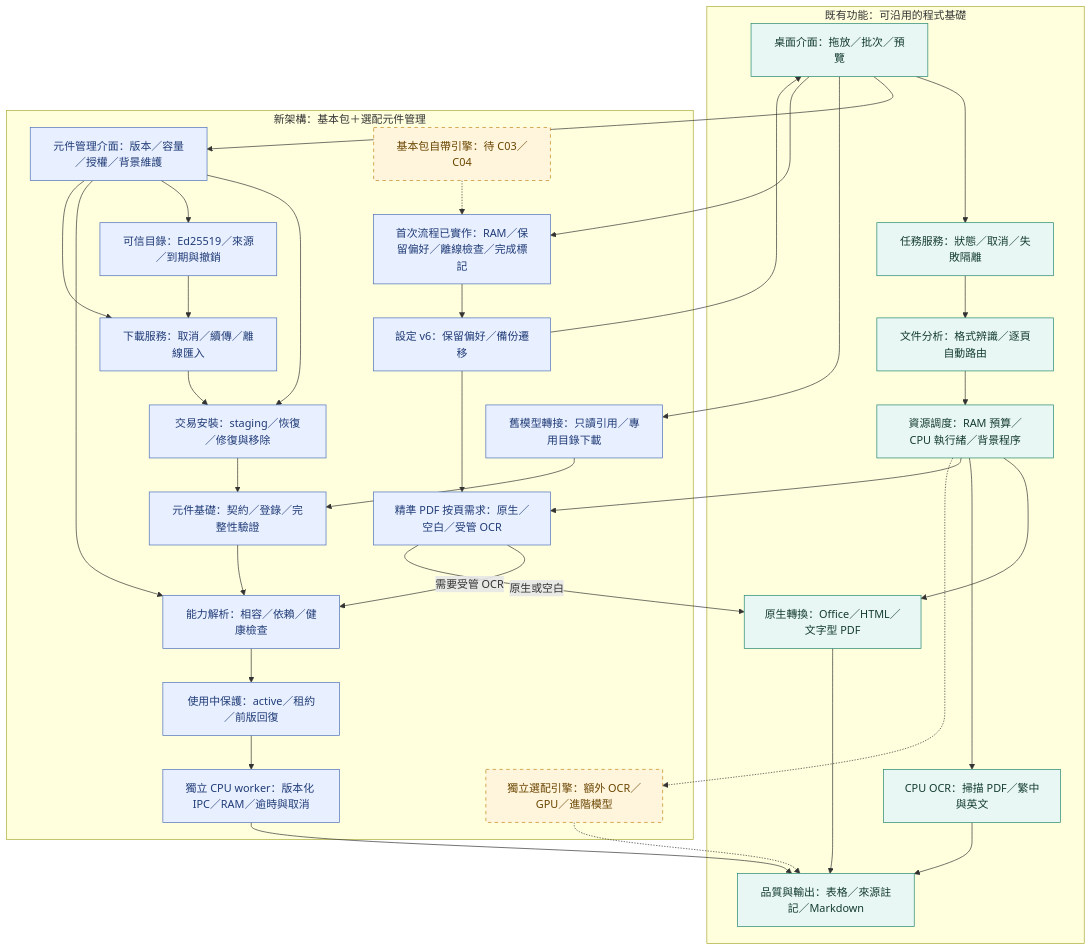
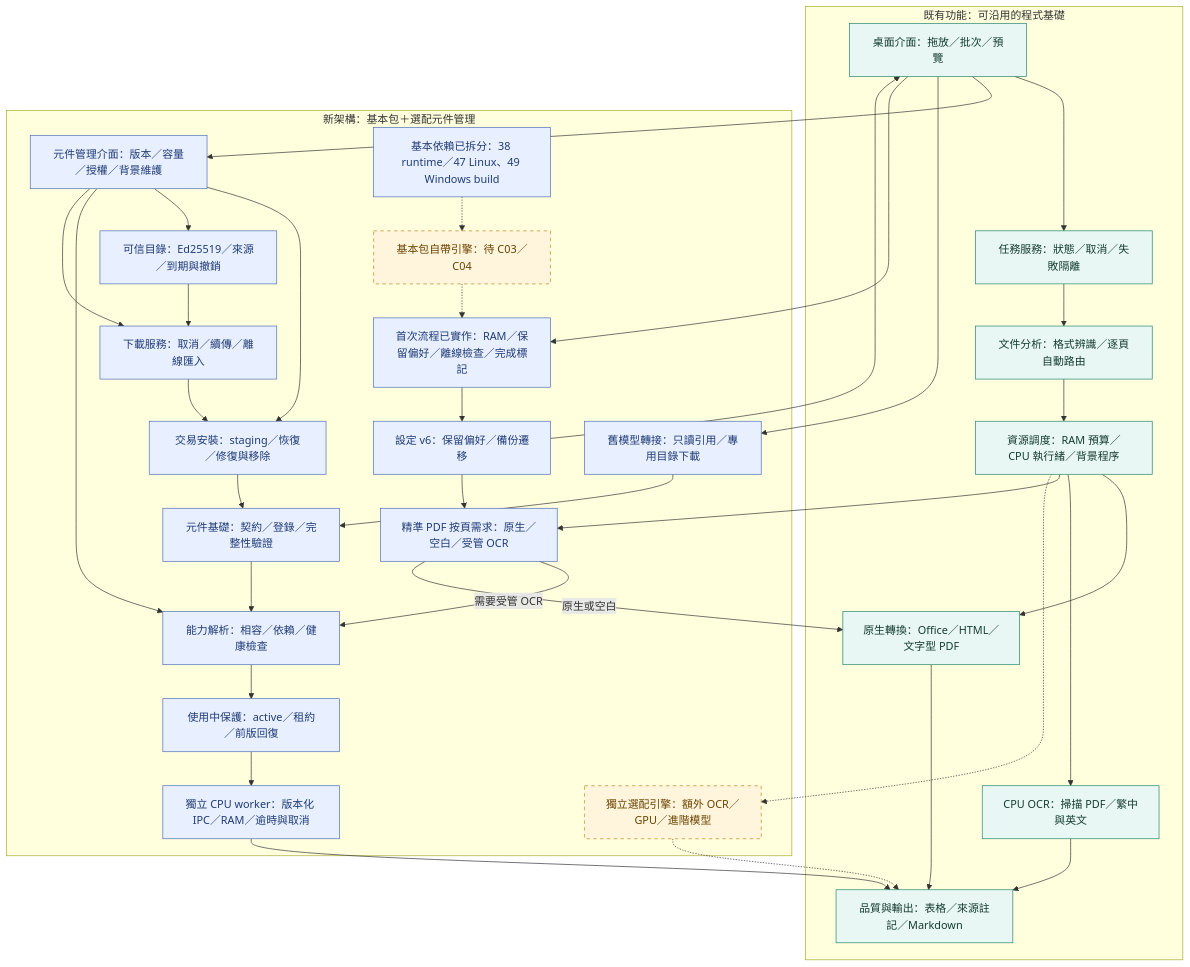
The diagram in README.md (ChouTa-chuan/MarkItDown-exe), drawn with Mermaid before and after one commit. The commit also changed other lines of this file and 85 other files, not shown here.

````diff
--- a/README.md
+++ b/README.md
@@ -21,54 +21,56 @@
 ```mermaid
 flowchart TD
     subgraph Existing["既有功能：可沿用的程式基礎"]
         UI["桌面介面：拖放／批次／預覽"] --> APP["任務服務：狀態／取消／失敗隔離"]
         APP --> PLAN["文件分析：格式辨識／逐頁自動路由"]
         PLAN --> RES["資源調度：RAM 預算／CPU 執行緒／背景程序"]
         RES --> NATIVE["原生轉換：Office／HTML／文字型 PDF"]
         RES --> OCR["CPU OCR：掃描 PDF／繁中與英文"]
         NATIVE --> QUALITY["品質與輸出：表格／來源註記／Markdown"]
         OCR --> QUALITY
     end
     subgraph Planned["新架構：基本包＋選配元件管理"]
         COMPONENTUI["元件管理介面：版本／容量／授權／背景維護"]
         FIRST["基本包自帶引擎：待 C03／C04"]
+        PROFILE["基本依賴已拆分：38 runtime／47 Linux、49 Windows build"]
         FIRSTFLOW["首次流程已實作：RAM／保留偏好／離線檢查／完成標記"]
         COMPONENTS["元件基礎：契約／登錄／完整性驗證"]
         CAPABILITY["能力解析：相容／依賴／健康檢查"]
         ROUTE["精準 PDF 按頁需求：原生／空白／受管 OCR"]
         CPUWORKER["獨立 CPU worker：版本化 IPC／RAM／逾時與取消"]
         OPTIONAL["獨立選配引擎：額外 OCR／GPU／進階模型"]
         COMPONENTS --> CAPABILITY
         LEGACY["舊模型轉接：只讀引用／專用目錄下載"]
         PREFS["設定 v6：保留偏好／備份遷移"]
         LEGACY --> COMPONENTS
         CATALOG["可信目錄：Ed25519／來源／到期與撤銷"] --> DOWNLOAD["下載服務：取消／續傳／離線匯入"]
         DOWNLOAD --> INSTALL["交易安裝：staging／恢復／修復與移除"]
         INSTALL --> COMPONENTS
         CAPABILITY --> LEASE["使用中保護：active／租約／前版回復"]
     end
     UI --> COMPONENTUI
     COMPONENTUI --> INSTALL
     COMPONENTUI --> CATALOG
     COMPONENTUI --> CAPABILITY
     LEASE --> CPUWORKER
     CPUWORKER --> QUALITY
     RES --> ROUTE
     ROUTE -->|需要受管 OCR| CAPABILITY
     ROUTE -->|原生或空白| NATIVE
     COMPONENTUI --> DOWNLOAD
     UI --> LEGACY
     PREFS --> UI
     UI --> FIRSTFLOW
     FIRSTFLOW --> PREFS
+    PROFILE -.-> FIRST
     FIRST -.-> FIRSTFLOW
     PREFS --> ROUTE
     RES -.-> OPTIONAL
     OPTIONAL -.-> QUALITY
     classDef existing fill:#e8f7f3,stroke:#21856d,color:#153c31;
     classDef foundation fill:#e8efff,stroke:#4c6fb8,color:#203c77;
-    class COMPONENTS,CAPABILITY,LEGACY,PREFS,CATALOG,DOWNLOAD,INSTALL,LEASE,CPUWORKER,COMPONENTUI,FIRSTFLOW,ROUTE foundation;
+    class COMPONENTS,CAPABILITY,LEGACY,PREFS,CATALOG,DOWNLOAD,INSTALL,LEASE,CPUWORKER,COMPONENTUI,FIRSTFLOW,ROUTE,PROFILE foundation;
     classDef planned fill:#fff4dc,stroke:#be8519,color:#694500,stroke-dasharray:5 5;
     class UI,APP,PLAN,RES,NATIVE,OCR,QUALITY existing;
     class FIRST,OPTIONAL planned;
 ```
````
